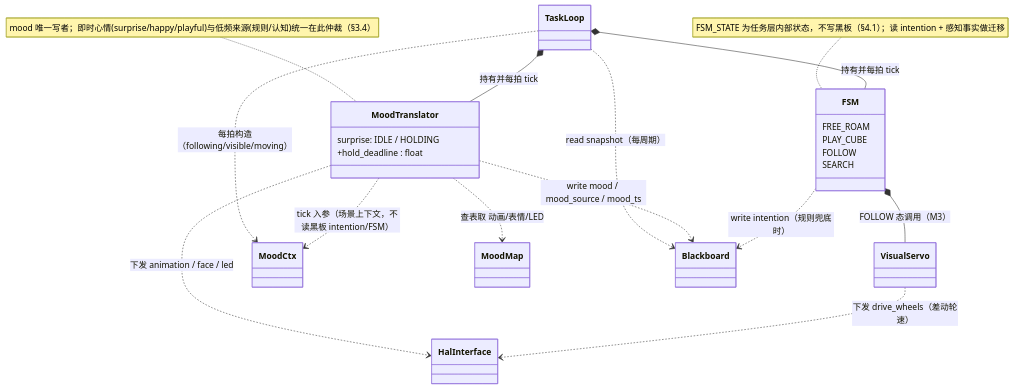
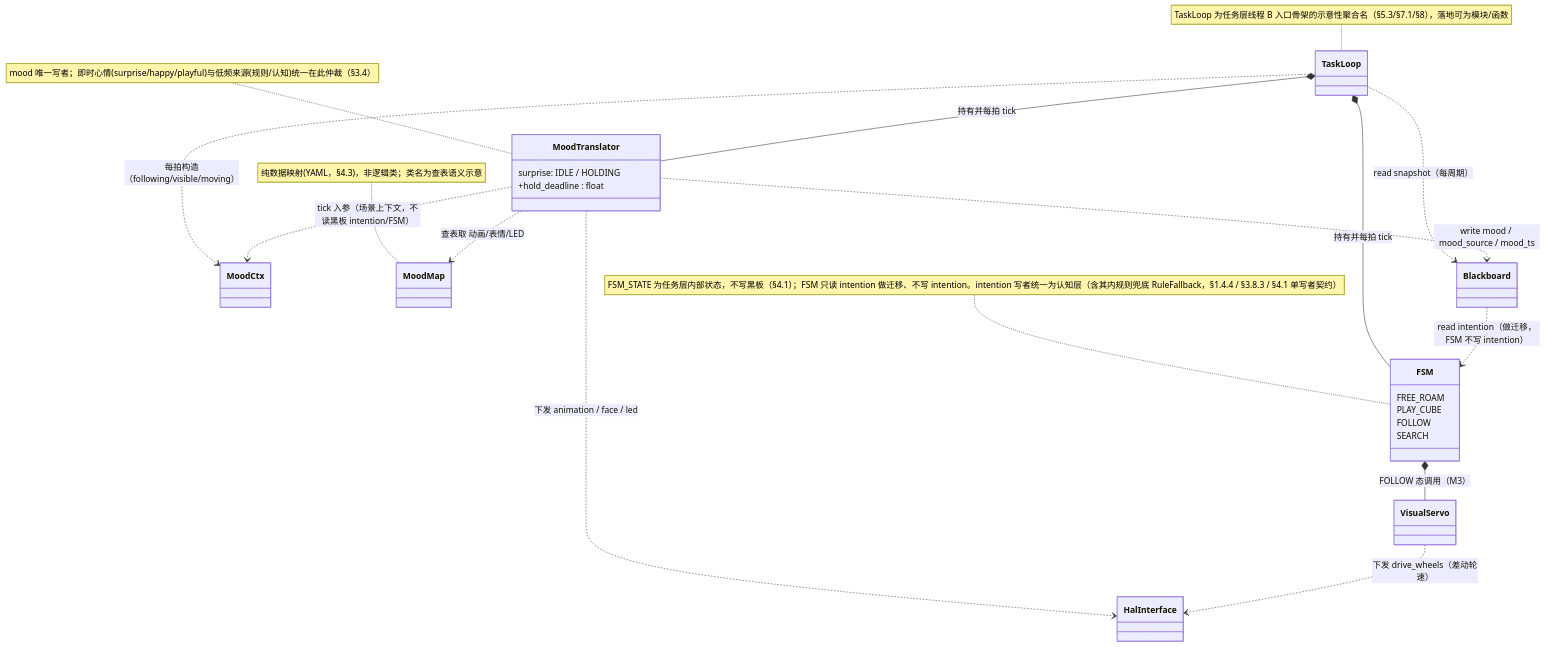
One commit to keeploading/super-baby changed the third of 7 diagrams in docs/requirements/follow-me/follow-me-fds.md. Above: the diagram before and after it, drawn with Mermaid. The commit also changed other lines of this file, not shown here.

First line of the commit message:
docs: FDS v4.1 — 吸收 developer 对架构补图(§1.4/§1.5)的评审

````diff
--- a/docs/requirements/follow-me/follow-me-fds.md
+++ b/docs/requirements/follow-me/follow-me-fds.md
@@ -160,33 +160,35 @@
 ```mermaid
 classDiagram
     class TaskLoop
     class FSM {
         FREE_ROAM
         PLAY_CUBE
         FOLLOW
         SEARCH
     }
     class MoodTranslator {
         surprise: IDLE / HOLDING
         +hold_deadline : float
     }
     class VisualServo
     class MoodCtx
     class MoodMap
     class Blackboard
     class HalInterface
 
     TaskLoop *-- FSM : 持有并每拍 tick
     TaskLoop *-- MoodTranslator : 持有并每拍 tick
     FSM *-- VisualServo : FOLLOW 态调用（M3）
     TaskLoop ..> Blackboard : read snapshot（每周期）
     TaskLoop ..> MoodCtx : 每拍构造（following/visible/moving）
     MoodTranslator ..> MoodCtx : tick 入参（场景上下文，不读黑板 intention/FSM）
     MoodTranslator ..> MoodMap : 查表取 动画/表情/LED
     MoodTranslator ..> Blackboard : write mood / mood_source / mood_ts
-    FSM ..> Blackboard : write intention（规则兜底时）
+    Blackboard ..> FSM : read intention（做迁移，FSM 不写 intention）
     MoodTranslator ..> HalInterface : 下发 animation / face / led
     VisualServo ..> HalInterface : 下发 drive_wheels（差动轮速）
-    note for FSM "FSM_STATE 为任务层内部状态，不写黑板（§4.1）；读 intention + 感知事实做迁移"
+    note for FSM "FSM_STATE 为任务层内部状态，不写黑板（§4.1）；FSM 只读 intention 做迁移、不写 intention。intention 写者统一为认知层（含其内规则兜底 RuleFallback，§1.4.4 / §3.8.3 / §4.1 单写者契约）"
     note for MoodTranslator "mood 唯一写者；即时心情(surprise/happy/playful)与低频来源(规则/认知)统一在此仲裁（§3.4）"
+    note for MoodMap "纯数据映射(YAML，§4.3)，非逻辑类；类名为查表语义示意"
+    note for TaskLoop "TaskLoop 为任务层线程 B 入口骨架的示意性聚合名（§5.3/§7.1/§8），落地可为模块/函数"
 ```
````
